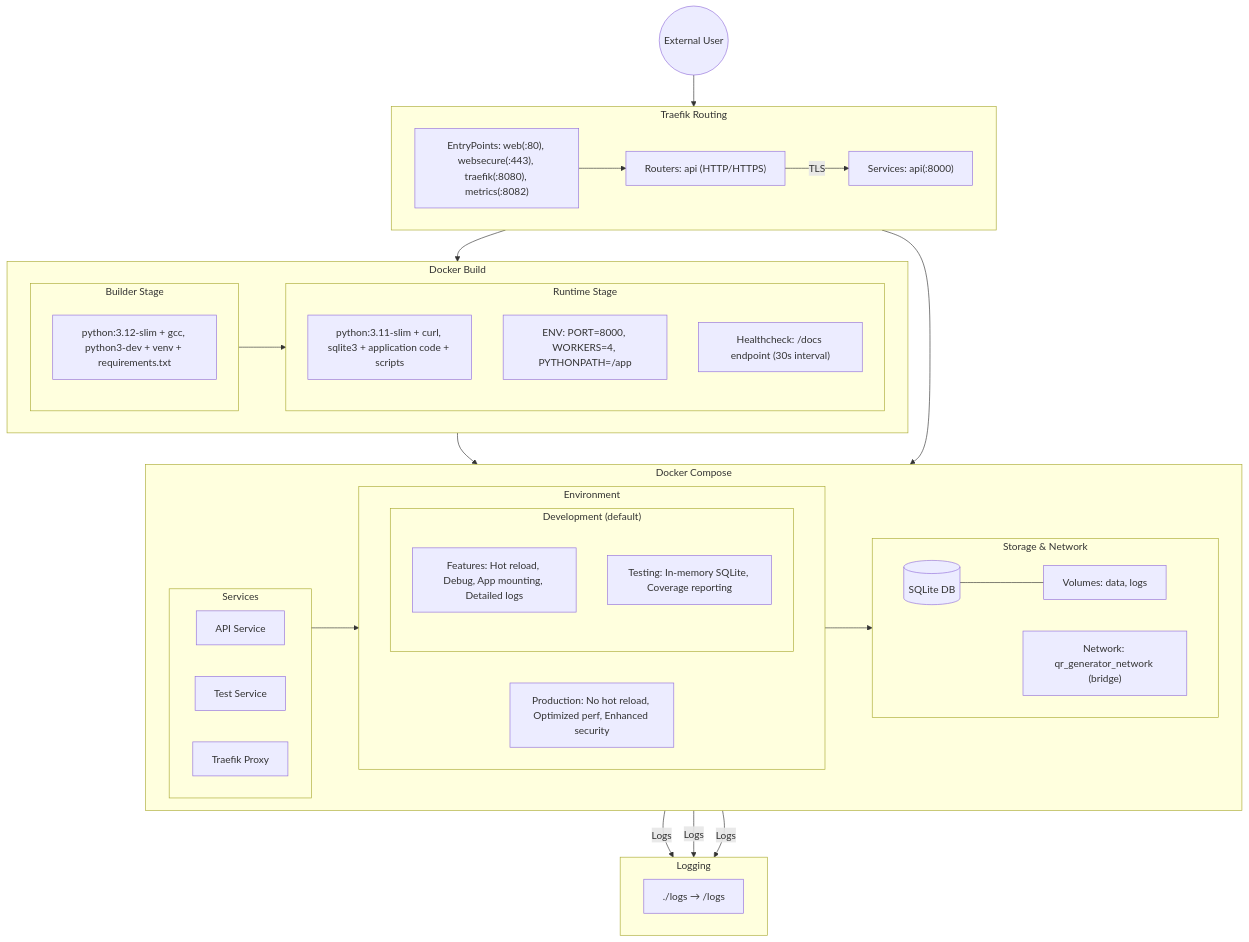
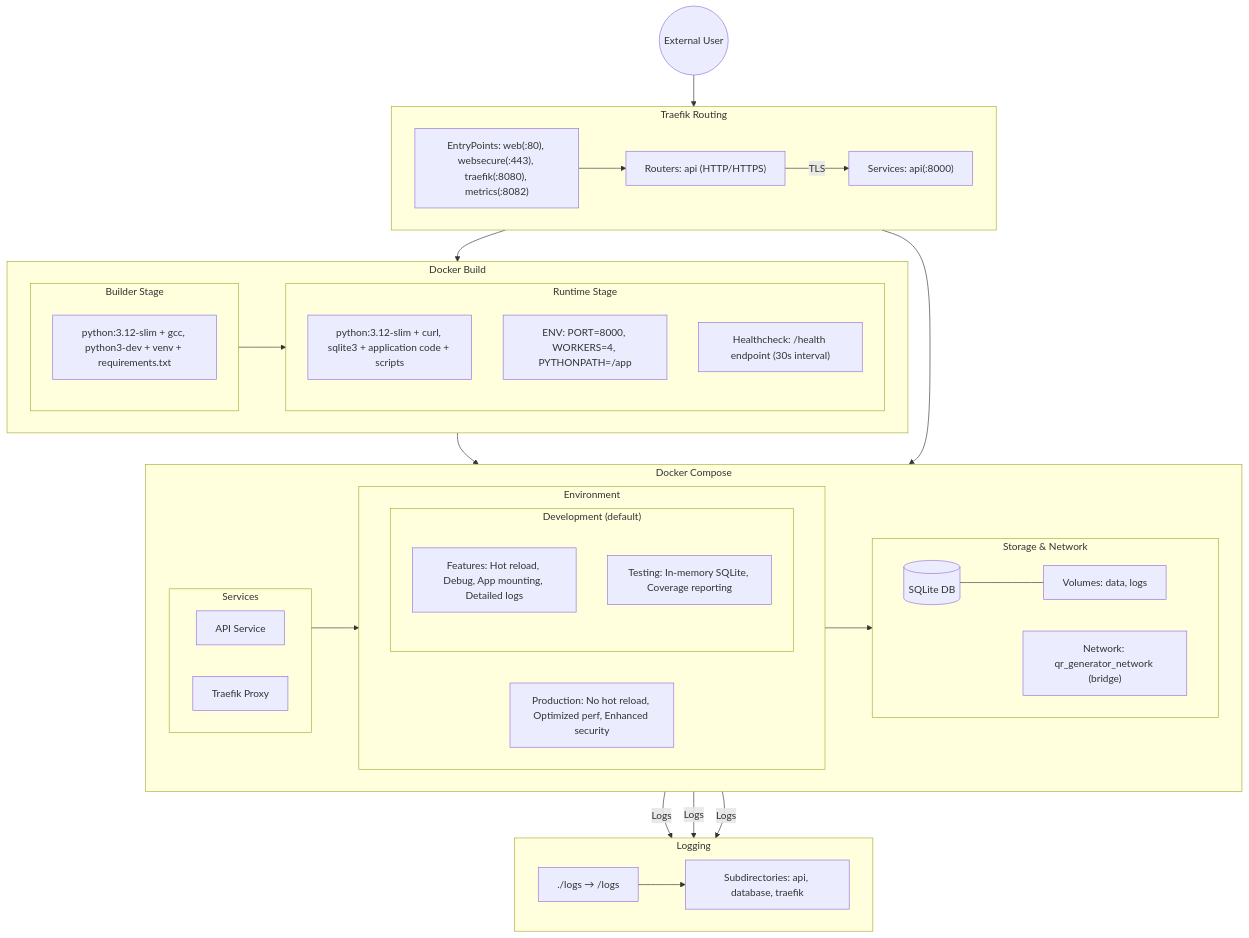
Before and after one commit to gsinghjay/mvp_qr_gen: the diagram in INFRASTRUCTURE.md, drawn with Mermaid. The commit also changed other lines of this file, not shown here.

````diff
--- a/INFRASTRUCTURE.md
+++ b/INFRASTRUCTURE.md
@@ -3,68 +3,68 @@
 ```mermaid
 flowchart TD
     %% External Users/Systems
     USER((External User)) --> ENTRY
     
     subgraph traefik["Traefik Routing"]
         direction LR
         ENTRY["EntryPoints: web(:80), websecure(:443), traefik(:8080), metrics(:8082)"]
         ROUTERS["Routers: api (HTTP/HTTPS)"]
         SERVICES["Services: api(:8000)"]
         ENTRY --> ROUTERS --> |"TLS"| SERVICES
     end
     
     traefik --> dockerfile
 
     subgraph dockerfile["Docker Build"]
         direction LR
         subgraph builder["Builder Stage"]
             B["python:3.12-slim + gcc, python3-dev + venv + requirements.txt"]
         end
         
         subgraph runtime["Runtime Stage"]
-            R["python:3.11-slim + curl, sqlite3 + application code + scripts"]
+            R["python:3.12-slim + curl, sqlite3 + application code + scripts"]
             ENV["ENV: PORT=8000, WORKERS=4, PYTHONPATH=/app"]
-            HEALTH["Healthcheck: /docs endpoint (30s interval)"]
+            HEALTH["Healthcheck: /health endpoint (30s interval)"]
         end
         
         builder --> runtime
     end
     
     dockerfile --> compose
     
     subgraph compose["Docker Compose"]
         direction LR
         subgraph services["Services"]
             API["API Service"] 
-            TEST["Test Service"]
             PROXY["Traefik Proxy"]
         end
         
         subgraph env["Environment"]
             direction LR
             subgraph DEV["Development (default)"]
                 DEV_FEATURES["Features: Hot reload, Debug, App mounting, Detailed logs"]
                 TEST_MODE["Testing: In-memory SQLite, Coverage reporting"]
             end
             
             PROD["Production: No hot reload, Optimized perf, Enhanced security"]
         end
         
         subgraph storage["Storage & Network"]
             direction LR
             DB[("SQLite DB")] --- VOLUMES["Volumes: data, logs"]
             NET["Network: qr_generator_network (bridge)"]
         end
         
         services --> env --> storage
     end
     
     SERVICES --> API
     
     %% Logging Flow
     subgraph logs["Logging"]
         direction LR
         LOG_VOL["./logs → /logs"]
-        API & DB & PROXY -- "Logs" --> LOG_VOL
+        LOG_DIRS["Subdirectories: api, database, traefik"]
+        API & DB & PROXY -- "Logs" --> LOG_VOL --> LOG_DIRS
     end
 ```
````
